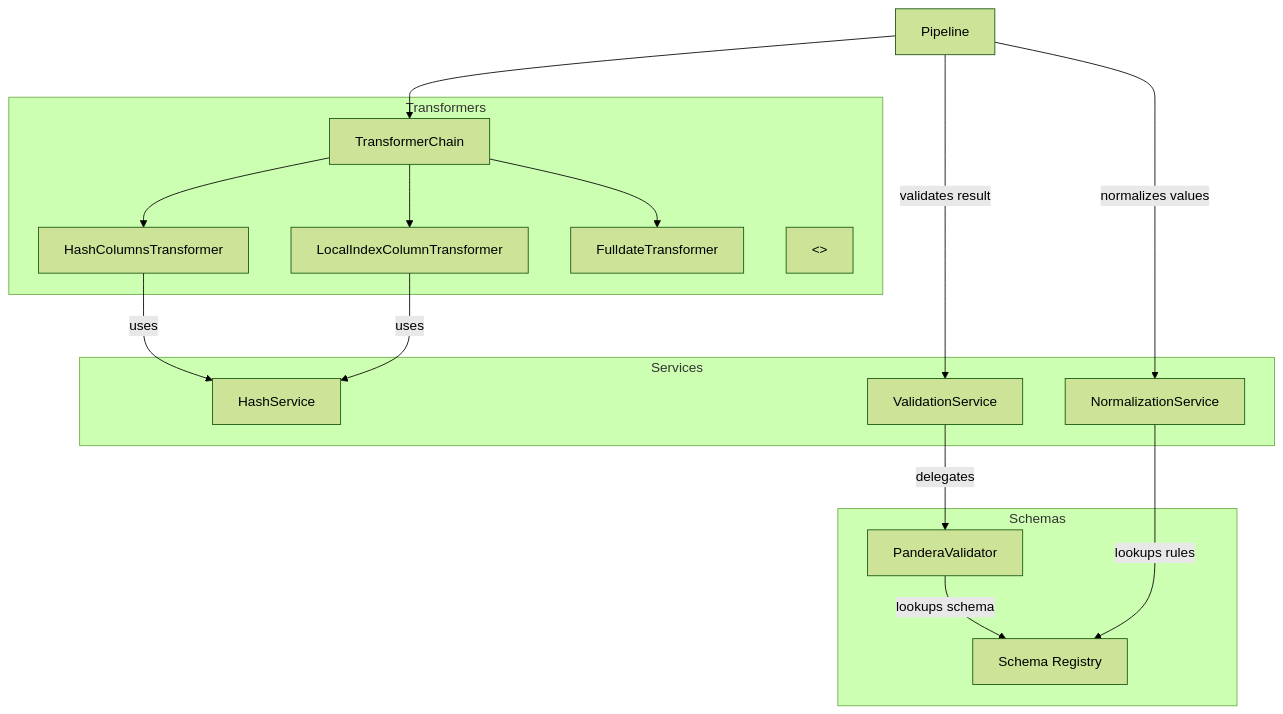
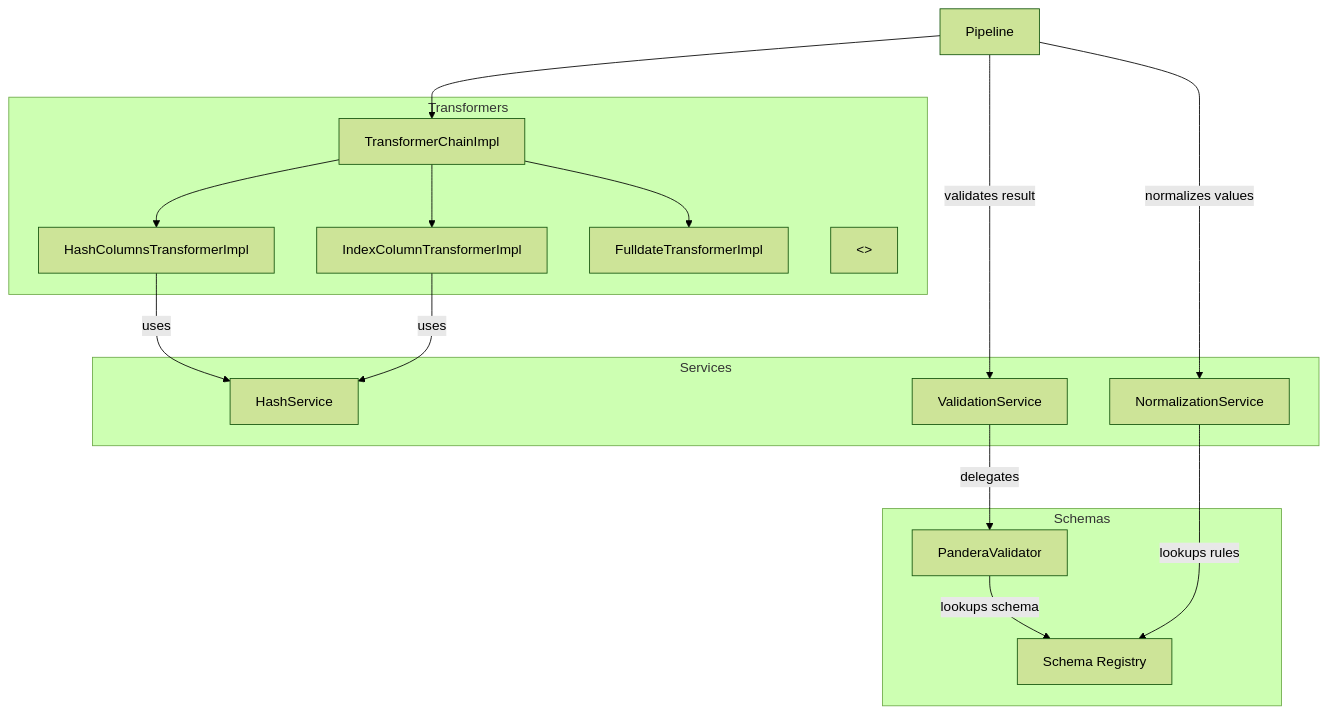
The sixth of 7 diagrams in docs/architecture/07-diagrams.md (SatoryKono/BioactivityDataAcquisition), drawn with Mermaid (forest theme) before and after one commit. The commit also changed 7 other files, not shown here.

Commit message:
Align hash transformer naming with Impl suffix

````diff
--- a/docs/architecture/07-diagrams.md
+++ b/docs/architecture/07-diagrams.md
@@ -339,39 +339,39 @@
 ```mermaid
 ---
 id: 55f41c2b-cfd6-431b-9a93-85e8bffc9a9c
 ---
 graph TD
     subgraph "Transformers"
-        T_Chain[TransformerChain]
-        T_Hash[HashColumnsTransformer]
-        T_Index[LocalIndexColumnTransformer]
-        T_Date[FulldateTransformer]
+        T_Chain[TransformerChainImpl]
+        T_Hash[HashColumnsTransformerImpl]
+        T_Index[IndexColumnTransformerImpl]
+        T_Date[FulldateTransformerImpl]
         T_ABC[<<TransformerABC>>]
     end
 
     subgraph "Services"
         HS[HashService]
         VS[ValidationService]
         NS[NormalizationService]
     end
 
     subgraph "Schemas"
         PS[PanderaValidator]
         Registry[Schema Registry]
     end
 
     Pipeline[Pipeline] --> T_Chain
     T_Chain --> T_Hash
     T_Chain --> T_Index
     T_Chain --> T_Date
 
     T_Hash -- uses --> HS[HashService]
     T_Index -- uses --> HS[HashService]
 
     Pipeline -- validates result --> VS[ValidationService]
     Pipeline -- normalizes values --> NS[NormalizationService]
 
     VS -- delegates --> PS[PanderaValidator]
     PS -- lookups schema --> Registry[Schema Registry]
     NS -- lookups rules --> Registry[Schema Registry]
 ```
````
